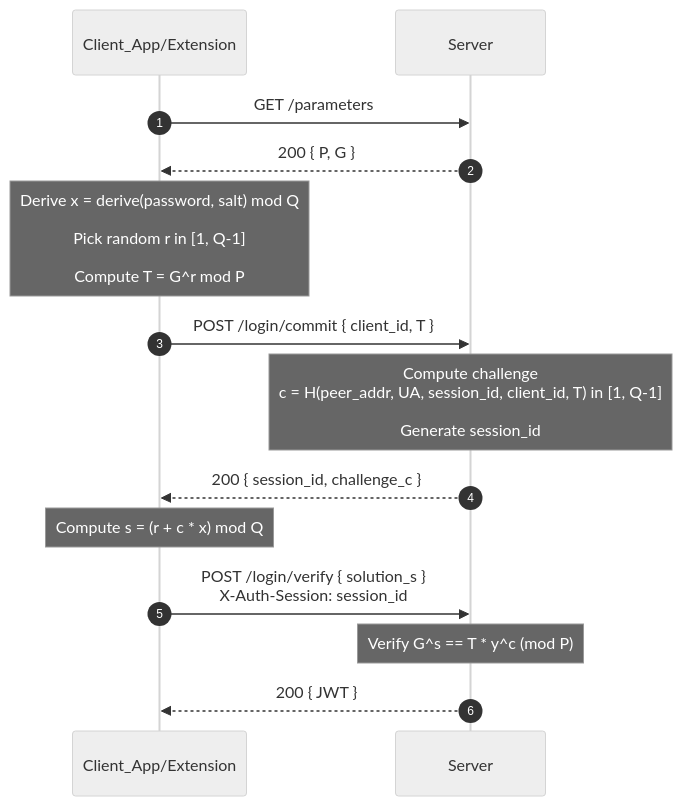
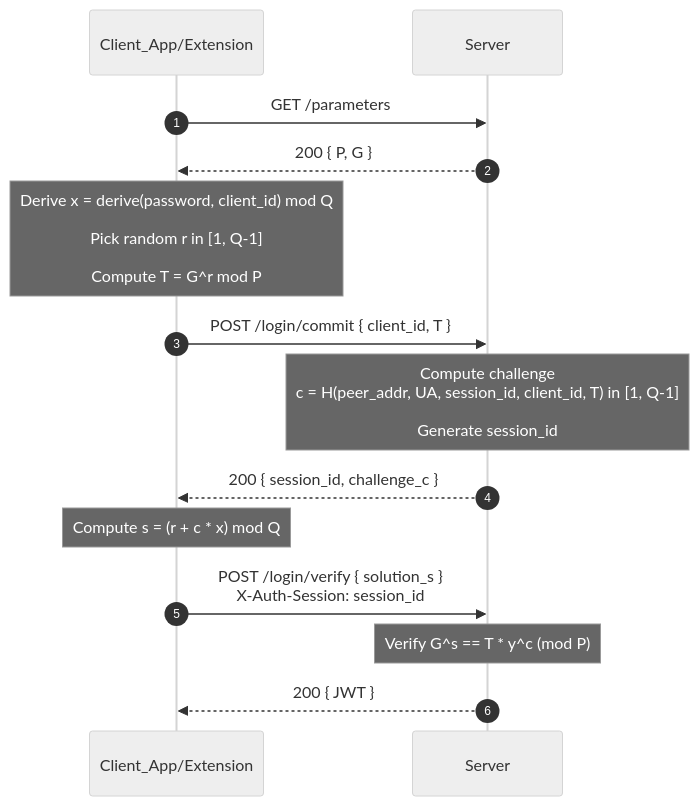
Before and after one commit to matei-rares-a/acas: the diagram in diagrams/done/client_server_sequence_high_level_login.mmd, drawn with Mermaid (neutral theme). The commit also changed 21 other files, not shown here.

```diff
--- a/diagrams/done/client_server_sequence_high_level_login.mmd
+++ b/diagrams/done/client_server_sequence_high_level_login.mmd
@@ -1,19 +1,19 @@
 sequenceDiagram
     autonumber
     participant C as Client_App/Extension
     participant S as Server
 
     C->>S: GET /parameters
     S-->>C: 200 { P, G }
 
-    Note over C: Derive x = derive(password, salt) mod Q<br/><br/> Pick random r in [1, Q-1] <BR/><br/>Compute T = G^r mod P
+    Note over C: Derive x = derive(password, client_id) mod Q<br/><br/> Pick random r in [1, Q-1] <BR/><br/>Compute T = G^r mod P
 
     C->>S: POST /login/commit { client_id, T }
         Note over S: Compute challenge <br/> c = H(peer_addr, UA, session_id, client_id, T) in [1, Q-1] <br/><br/>Generate session_id 
     S-->>C: 200 { session_id, challenge_c }
 
     Note over C: Compute s = (r + c * x) mod Q
 
     C->>S: POST /login/verify  { solution_s } <br/> X-Auth-Session: session_id 
     Note over S: Verify G^s == T * y^c (mod P)
     S-->>C: 200 { JWT }
```
